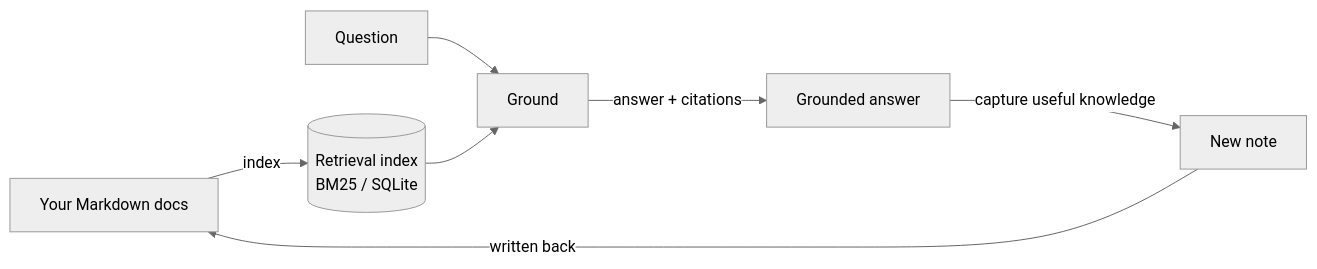
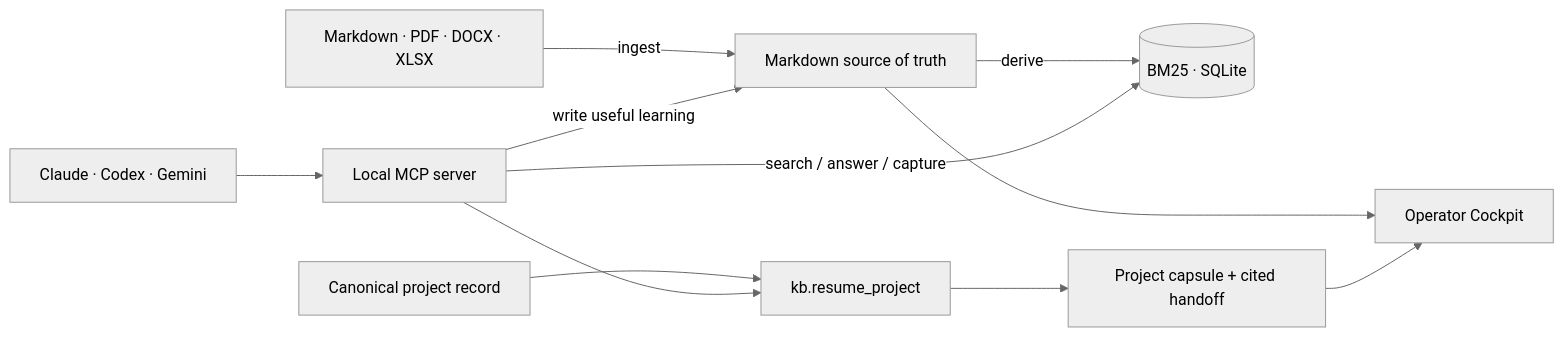
Before and after one commit to dimosgit/grounded-knowledge-engine: the diagram in README.md, drawn with Mermaid (neutral theme). The commit also changed other lines of this file and 14 other files, not shown here.

````diff
--- a/README.md
+++ b/README.md
@@ -24,9 +35,13 @@
 ```mermaid
 flowchart LR
-    A[Your Markdown docs] -->|index| B[(Retrieval index<br/>BM25 / SQLite)]
-    Q[Question] --> G[Ground]
-    B --> G
-    G -->|answer + citations| ANS[Grounded answer]
-    ANS -->|capture useful knowledge| C[New note]
-    C -->|written back| A
+    F[Markdown · PDF · DOCX · XLSX] -->|ingest| K[Markdown source of truth]
+    K -->|derive| I[(BM25 · SQLite)]
+    A[Claude · Codex · Gemini] --> M[Local MCP server]
+    M -->|search / answer / capture| I
+    M -->|write useful learning| K
+    P[Canonical project record] --> R[kb.resume_project]
+    M --> R
+    R --> C[Project capsule + cited handoff]
+    K --> O[Operator Cockpit]
+    C --> O
 ```
````
